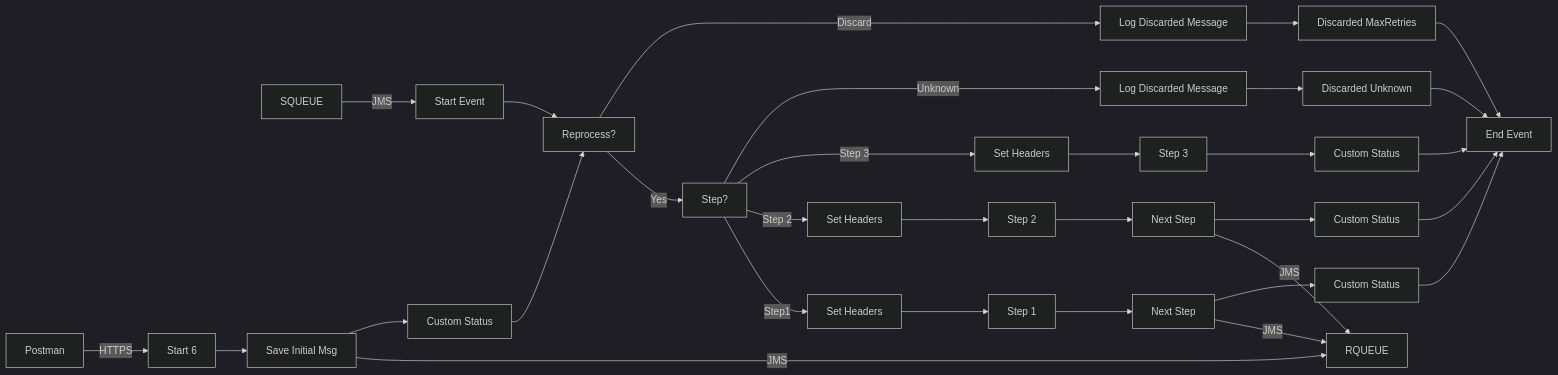
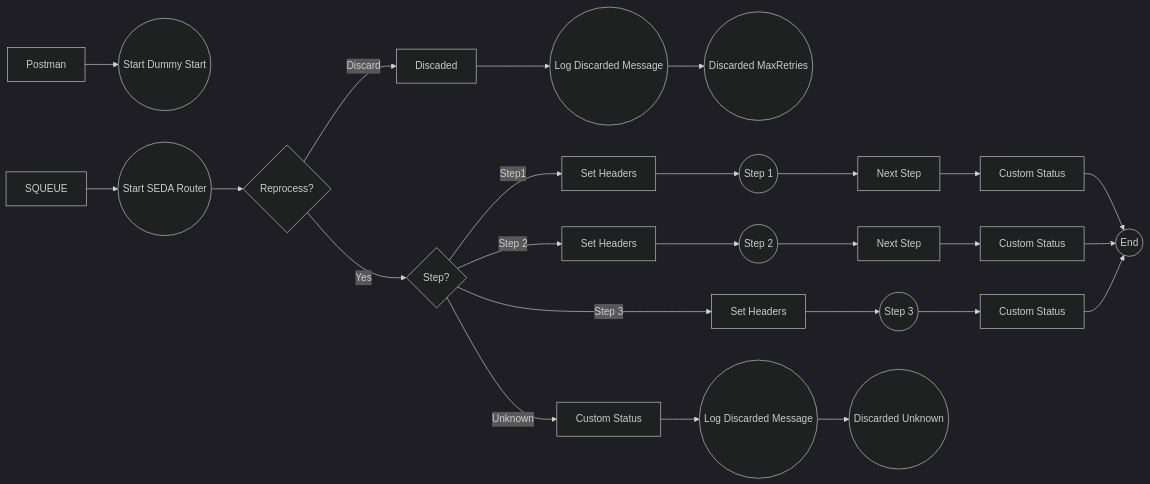
Before and after one commit to Avvale-IA-CICD/AvvaleCPI: the diagram in MMZ - Cell Iflows/SEDA_Model_-_Single_Queue_-_Restart_and_Discard_MMZ-1.0.0/readme.md, drawn with Mermaid (dark theme). The commit also changed other lines of this file, not shown here.

Commit message:
Add/update documentation for SEDA_Model_-_Single_Queue_-_Restart_and_Discard_MMZ v1.0.0

````diff
--- a/MMZ - Cell Iflows/SEDA_Model_-_Single_Queue_-_Restart_and_Discard_MMZ-1.0.0/readme.md
+++ b/MMZ - Cell Iflows/SEDA_Model_-_Single_Queue_-_Restart_and_Discard_MMZ-1.0.0/readme.md
@@ -4,64 +4,27 @@
 ```mermaid
 graph LR
-    SQUEUE[SQUEUE]
-    StartEvent[Start Event]
-    ExclusiveGatewayReprocess[Reprocess?]
-    ExclusiveGatewayStep[Step?]
-    Step1SetHeaders[Set Headers]
-    Step1[Step 1]
-    Step2SetHeaders[Set Headers]
-    Step2[Step 2]
-    Step3SetHeaders[Set Headers]
-    Step3[Step 3]
-    NextStep1[Next Step]
-    NextStep2[Next Step]
-    CustomStatus1[Custom Status]
-    CustomStatus2[Custom Status]
-    CustomStatus3[Custom Status]
-    DiscardedUnknown[Discarded Unknown]
-    LogDiscardedUnknown[Log Discarded Message]
-    DiscardedMaxRetries[Discarded MaxRetries]
-    LogDiscardedMaxRetries[Log Discarded Message]
-    EndEvent[End Event]
-    Postman[Postman]
-    StartEventDummy[Start 6]
-    SaveInitialMsg[Save Initial Msg]
-    CustomStatusStep0[Custom Status]
-    RQUEUE[RQUEUE]
-
-    SQUEUE -- JMS --> StartEvent
-    Postman -- HTTPS --> StartEventDummy
-    StartEventDummy --> SaveInitialMsg
-    SaveInitialMsg -- JMS --> RQUEUE
-    SaveInitialMsg --> CustomStatusStep0
-    CustomStatusStep0 --> ExclusiveGatewayReprocess
-
-    StartEvent --> ExclusiveGatewayReprocess
-    ExclusiveGatewayReprocess -- Yes --> ExclusiveGatewayStep
-    ExclusiveGatewayReprocess -- Discard --> LogDiscardedMaxRetries
-    LogDiscardedMaxRetries --> DiscardedMaxRetries
-    DiscardedMaxRetries --> EndEvent
-
-    ExclusiveGatewayStep -- Step1 --> Step1SetHeaders
-    ExclusiveGatewayStep -- Step 2 --> Step2SetHeaders
-    ExclusiveGatewayStep -- Step 3 --> Step3SetHeaders
-    ExclusiveGatewayStep -- Unknown --> LogDiscardedUnknown
-    LogDiscardedUnknown --> DiscardedUnknown
-    DiscardedUnknown --> EndEvent
-
-    Step1SetHeaders --> Step1
-    Step1 --> NextStep1
-    NextStep1 -- JMS --> RQUEUE
-    NextStep1 --> CustomStatus1
-    CustomStatus1 --> EndEvent
-
-    Step2SetHeaders --> Step2
-    Step2 --> NextStep2
-    NextStep2 -- JMS --> RQUEUE
-    NextStep2 --> CustomStatus2
-    CustomStatus2 --> EndEvent
-
-    Step3SetHeaders --> Step3
-    Step3 --> CustomStatus3
-    CustomStatus3 --> EndEvent
+    Postman --> HTTPS_Sender((Start Dummy Start))
+    SQUEUE --> JMS_Sender((Start SEDA Router))
+    JMS_Sender --> ExclusiveGateway_Reprocess{Reprocess?}
+    ExclusiveGateway_Reprocess -- Yes --> ExclusiveGateway_Step{Step?}
+    ExclusiveGateway_Reprocess -- Discard --> Discarded_MaxRetries_Enricher[Discaded]
+    Discarded_MaxRetries_Enricher --> Log_Discarded_Message((Log Discarded Message))
+    Log_Discarded_Message --> DiscardedMaxRetries((Discarded MaxRetries))
+    ExclusiveGateway_Step -- Step1 --> SetHeaders_Step1[Set Headers]
+    SetHeaders_Step1 --> Step1((Step 1))
+    Step1 --> JMS_STEP1[Next Step]
+    JMS_STEP1 --> CustomStatus_Step1[Custom Status]
+    CustomStatus_Step1 --> EndSEDA((End))
+    ExclusiveGateway_Step -- Step 2 --> SetHeaders_Step2[Set Headers]
+    SetHeaders_Step2 --> Step2((Step 2))
+    Step2 --> JMS_STEP2[Next Step]
+    JMS_STEP2 --> CustomStatus_Step2[Custom Status]
+    CustomStatus_Step2 --> EndSEDA
+    ExclusiveGateway_Step -- Step 3 --> SetHeaders_Step3[Set Headers]
+    SetHeaders_Step3 --> Step3((Step 3))
+    Step3 --> CustomStatus_Step3[Custom Status]
+    CustomStatus_Step3 --> EndSEDA
+    ExclusiveGateway_Step -- Unknown --> Discarded_Unknown_Enricher[Custom Status]
+    Discarded_Unknown_Enricher --> Log_Discarded_Message_Unknown((Log Discarded Message))
+    Log_Discarded_Message_Unknown --> DiscardedUnknown((Discarded Unknown))
 ```
````
